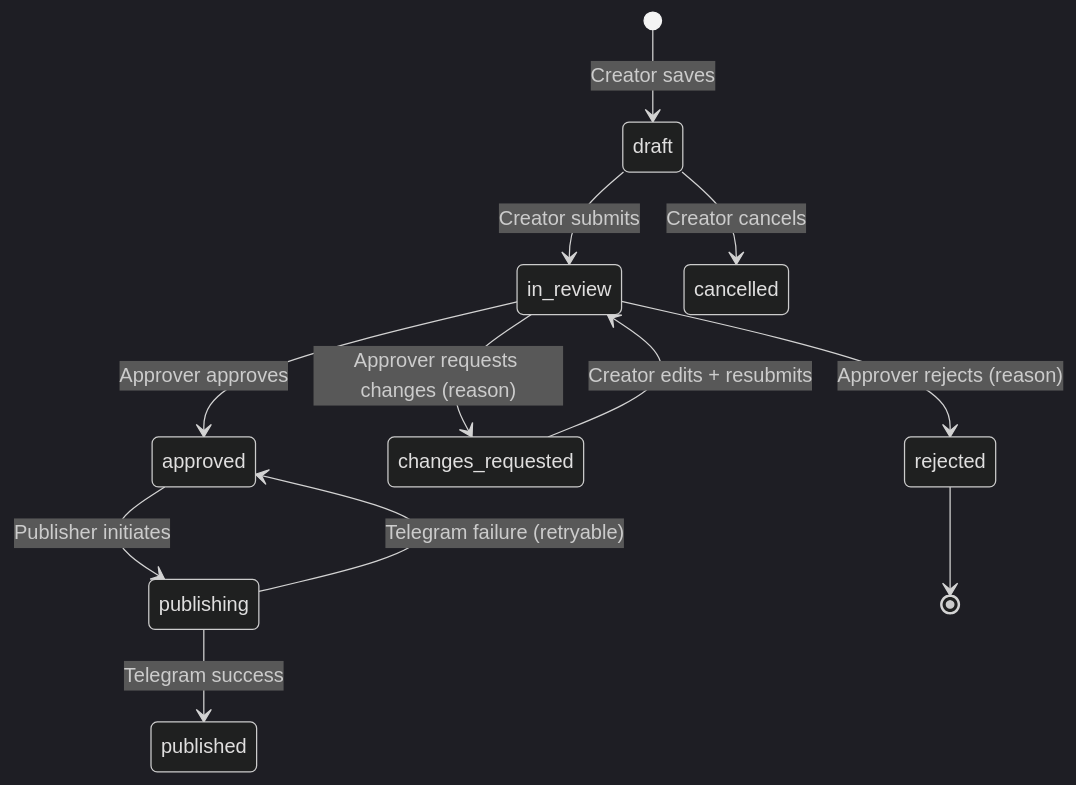
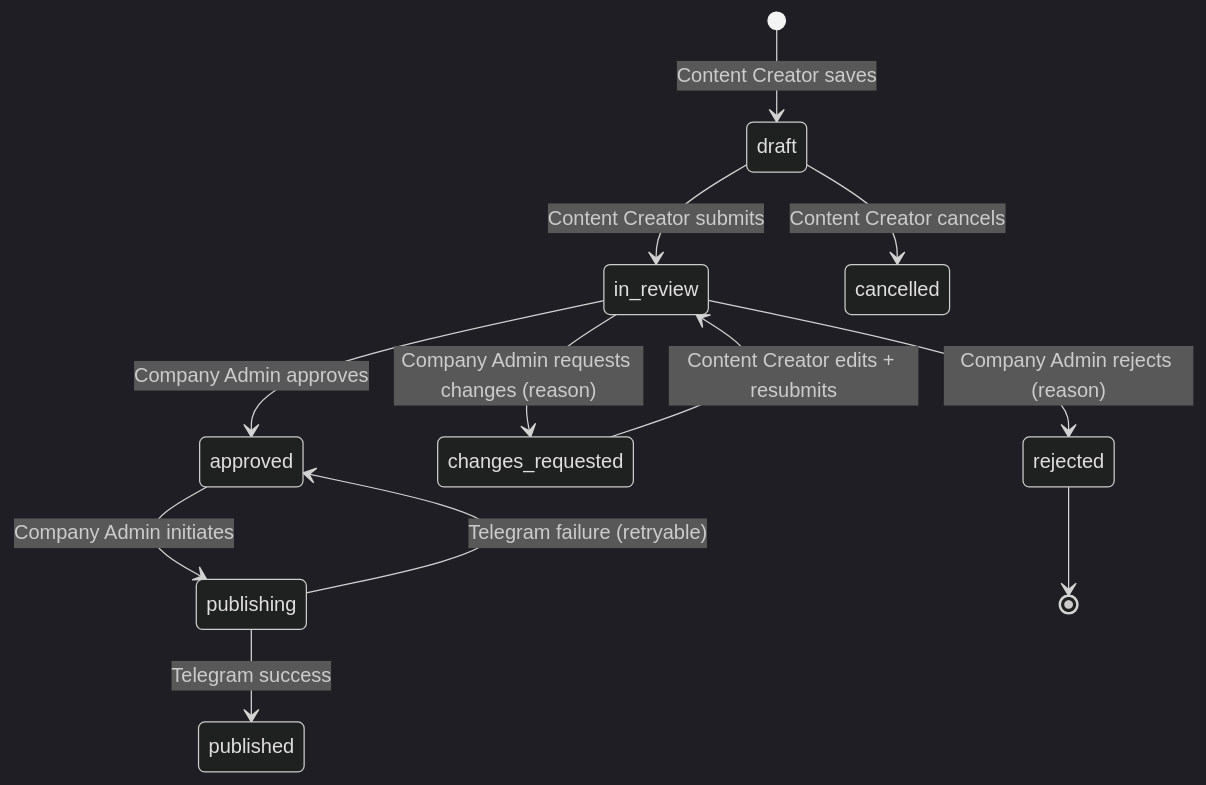
The seventh of 10 diagrams in docs/04-system-architecture.md (Lido01/socialpilot-ai), drawn with Mermaid (dark theme) before and after one commit. The commit also changed other lines of this file, not shown here.

Commit message:
docs: update system architecture module structure for 3-role model

````diff
--- a/docs/04-system-architecture.md
+++ b/docs/04-system-architecture.md
@@ -387,14 +387,14 @@
 ```mermaid
 stateDiagram-v2
-    [*] --> draft: Creator saves
-    draft --> in_review: Creator submits
-    in_review --> approved: Approver approves
-    in_review --> changes_requested: Approver requests changes (reason)
-    in_review --> rejected: Approver rejects (reason)
-    changes_requested --> in_review: Creator edits + resubmits
-    approved --> publishing: Publisher initiates
+    [*] --> draft: Content Creator saves
+    draft --> in_review: Content Creator submits
+    in_review --> approved: Company Admin approves
+    in_review --> changes_requested: Company Admin requests changes (reason)
+    in_review --> rejected: Company Admin rejects (reason)
+    changes_requested --> in_review: Content Creator edits + resubmits
+    approved --> publishing: Company Admin initiates
     publishing --> published: Telegram success
     publishing --> approved: Telegram failure (retryable)
     rejected --> [*]
-    draft --> cancelled: Creator cancels
+    draft --> cancelled: Content Creator cancels
 ```
````
